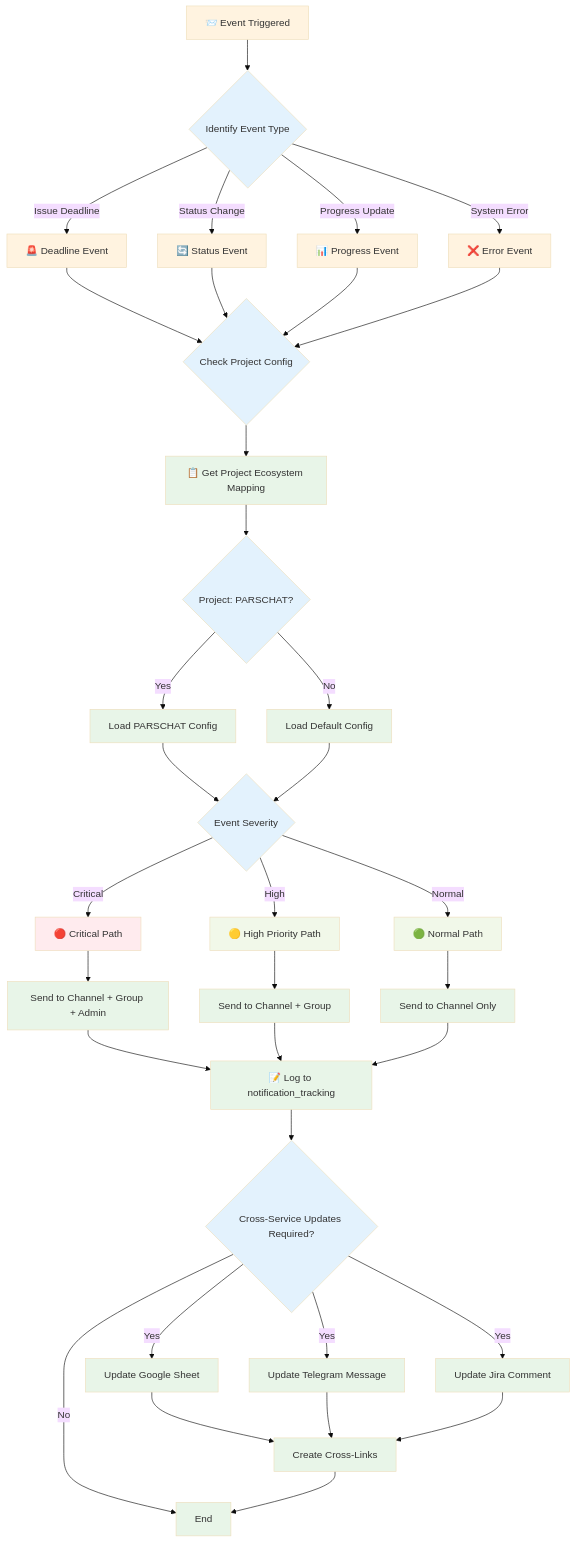
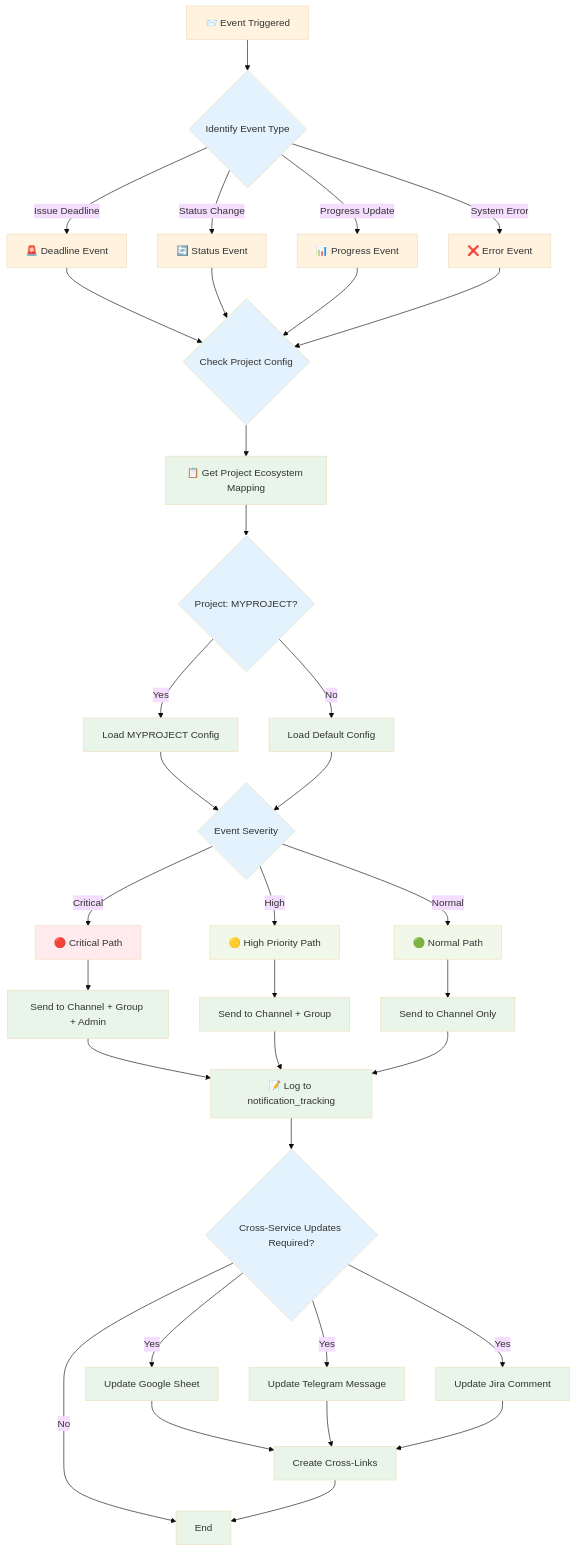
The sixth of 8 diagrams in docs/infrastructure/mongodb/mongodb-architecture-diagrams.md (alikaz3mi/jira-telegram-bot), drawn with Mermaid (base theme) before and after one commit. The commit also changed other lines of this file and 80 other files, not shown here.

````diff
--- a/docs/infrastructure/mongodb/mongodb-architecture-diagrams.md
+++ b/docs/infrastructure/mongodb/mongodb-architecture-diagrams.md
@@ -494,60 +494,60 @@
 ```mermaid
 graph TD
     A[📨 Event Triggered] --> B{Identify Event Type}
 
     B -->|Issue Deadline| C[🚨 Deadline Event]
     B -->|Status Change| D[🔄 Status Event]
     B -->|Progress Update| E[📊 Progress Event]
     B -->|System Error| F[❌ Error Event]
 
     C --> G{Check Project Config}
     D --> G
     E --> G
     F --> G
 
     G --> H[📋 Get Project Ecosystem Mapping]
-    H --> I{Project: PARSCHAT?}
+    H --> I{Project: MYPROJECT?}
 
-    I -->|Yes| J[Load PARSCHAT Config]
+    I -->|Yes| J[Load MYPROJECT Config]
     I -->|No| K[Load Default Config]
 
     J --> L{Event Severity}
     K --> L
 
     L -->|Critical| M[🔴 Critical Path]
     L -->|High| N[🟡 High Priority Path]
     L -->|Normal| O[🟢 Normal Path]
 
     M --> P[Send to Channel + Group + Admin]
     N --> Q[Send to Channel + Group]
     O --> R[Send to Channel Only]
 
     P --> S[📝 Log to notification_tracking]
     Q --> S
     R --> S
 
     S --> T{Cross-Service Updates Required?}
 
     T -->|Yes| U[Update Google Sheet]
     T -->|Yes| V[Update Telegram Message]
     T -->|Yes| W[Update Jira Comment]
     T -->|No| X[End]
 
     U --> Y[Create Cross-Links]
     V --> Y
     W --> Y
     Y --> X
 
     %% Styling
     classDef event fill:#fff3e0
     classDef decision fill:#e3f2fd
     classDef action fill:#e8f5e8
     classDef critical fill:#ffebee
     classDef normal fill:#f1f8e9
 
     class A,C,D,E,F event
     class B,G,I,L,T decision
     class H,J,K,P,Q,R,S,U,V,W,Y,X action
     class M critical
     class N,O normal
 ```
````
